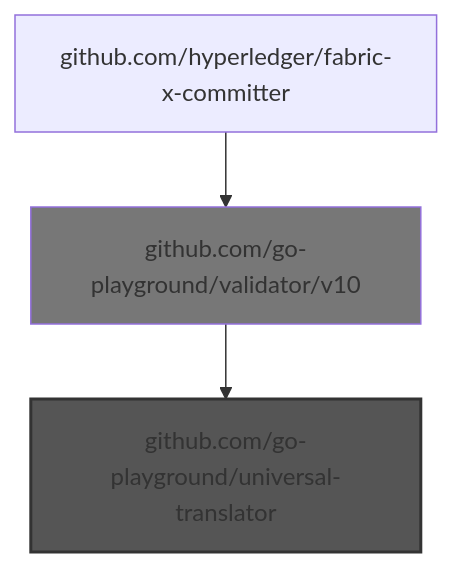
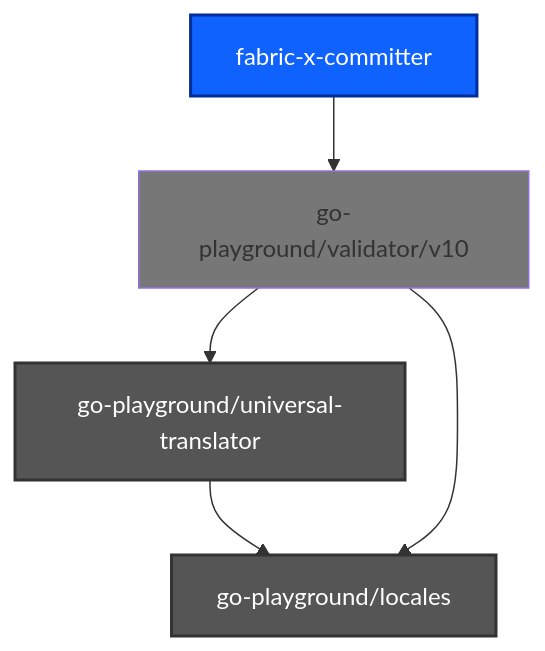
Before and after one commit to liran-funaro/fabric-x-committer: the fourth of 9 diagrams in bad-imports-analysis.md, drawn with Mermaid. The commit also changed other lines of this file and 2 other files, not shown here.

````diff
--- a/bad-imports-analysis.md
+++ b/bad-imports-analysis.md
@@ -628,7 +229,11 @@
 ```mermaid
 graph TD
-    github.com/go-playground/validator/v10 --> github.com/go-playground/universal-translator
-    github.com/hyperledger/fabric-x-committer --> github.com/go-playground/validator/v10
-    style github.com/go-playground/universal-translator fill:#555,stroke:#333,stroke-width:2px
-    style github.com/go-playground/validator/v10 fill:#777
+    fabric-x-committer --> go-playground/validator/v10
+    go-playground/universal-translator --> go-playground/locales
+    go-playground/validator/v10 --> go-playground/locales
+    go-playground/validator/v10 --> go-playground/universal-translator
+    style go-playground/locales fill:#555,stroke:#333,stroke-width:2px,color:#fff
+    style go-playground/universal-translator fill:#555,stroke:#333,stroke-width:2px,color:#fff
+    style go-playground/validator/v10 fill:#777
+    style fabric-x-committer fill:#0f62fe,stroke:#002d9c,stroke-width:2px,color:#fff
 ```
````
